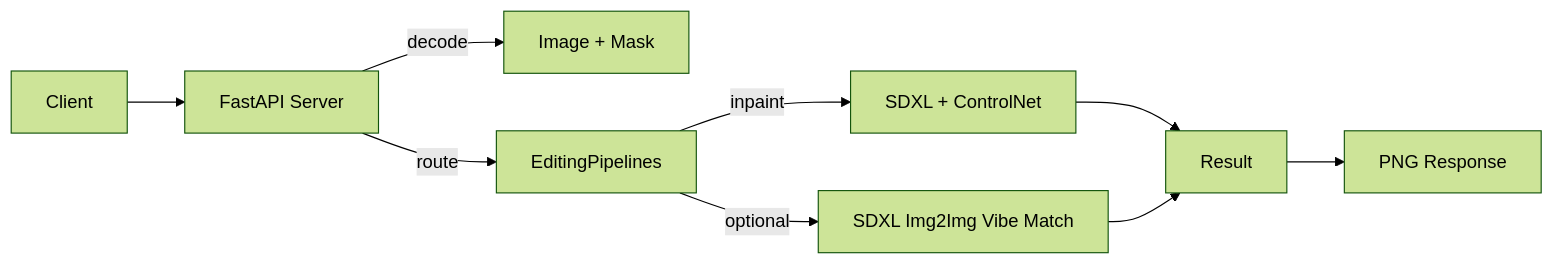
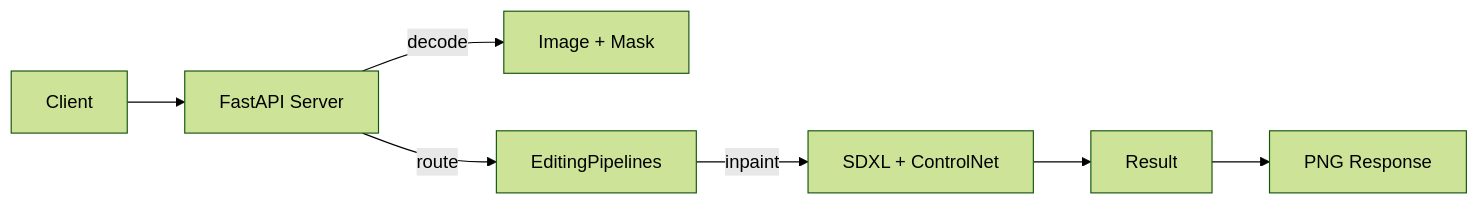
One commit to Abhyu-S/kortex-sdxl changed the first of 14 diagrams in Documentation.md. Above: the diagram before and after it, drawn with Mermaid (forest theme). The commit also changed other lines of this file, not shown here.

````diff
--- a/Documentation.md
+++ b/Documentation.md
@@ -57,11 +57,9 @@
 ```mermaid
 flowchart LR
 	A[Client] --> B[FastAPI Server]
 	B -->|decode| C[Image + Mask]
 	B -->|route| D[EditingPipelines]
-	D -->|inpaint| E[SDXL + ControlNet]
-	D -->|optional| F[SDXL Img2Img Vibe Match]
-	E --> G[Result]
-	F --> G
+    D -->|inpaint| E[SDXL + ControlNet]
+    E --> G[Result]
 	G --> H[PNG Response]
 ```
````
